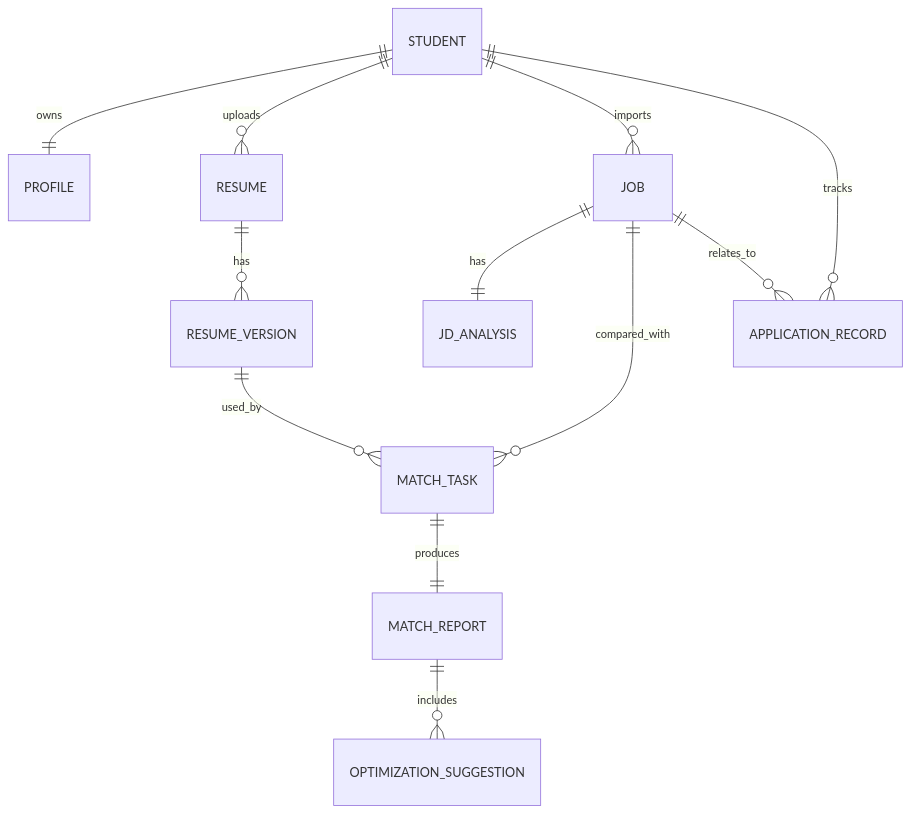
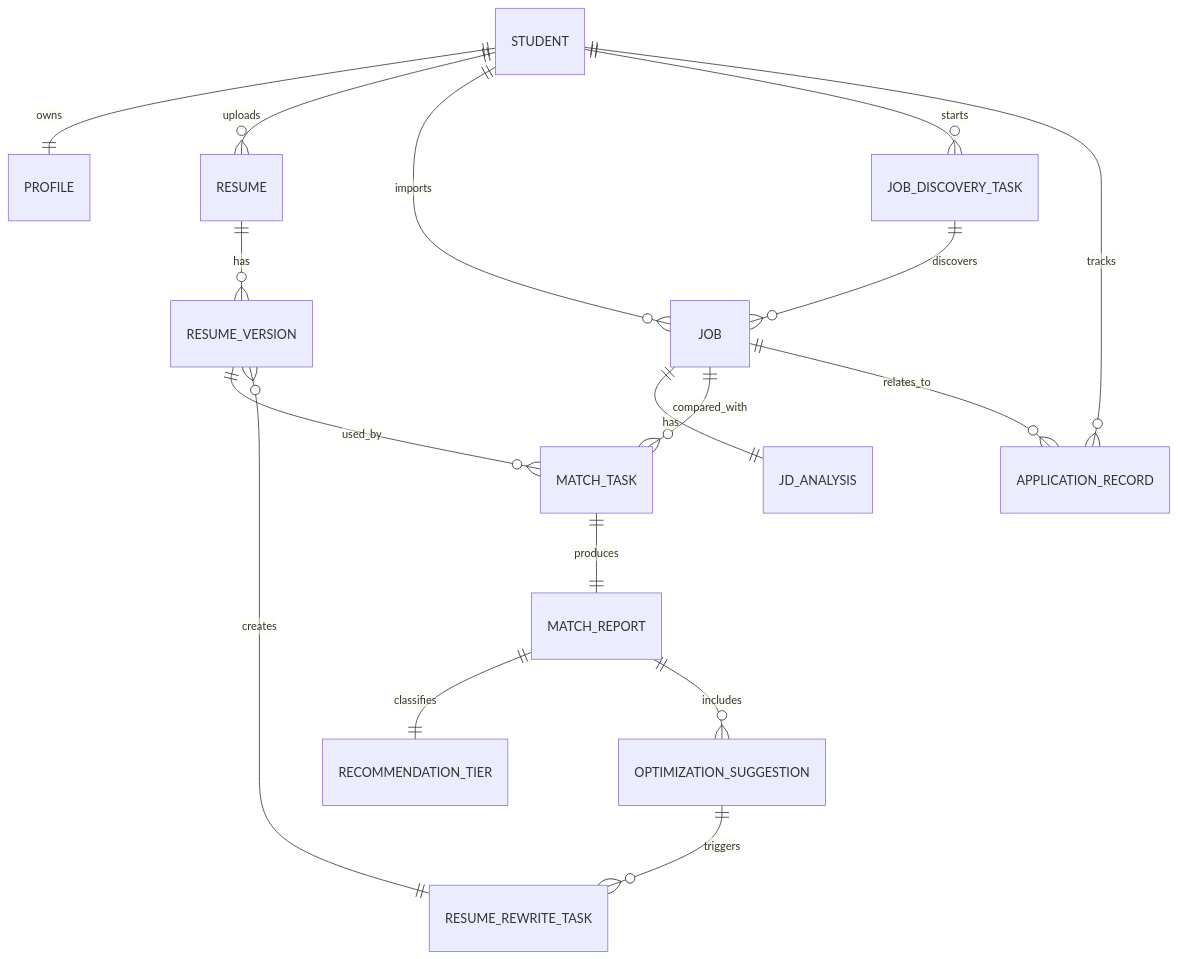
The second of 2 diagrams in docs/01-requirements-analysis.md (Artessay/OfferPilot), drawn with Mermaid before and after one commit. The commit also changed other lines of this file and 2 other files, not shown here.

First line of the commit message:
Enhance system architecture and detailed design documentation

````diff
--- a/docs/01-requirements-analysis.md
+++ b/docs/01-requirements-analysis.md
@@ -134,14 +146,19 @@
 ```mermaid
 erDiagram
     STUDENT ||--|| PROFILE : owns
     STUDENT ||--o{ RESUME : uploads
     RESUME ||--o{ RESUME_VERSION : has
     STUDENT ||--o{ JOB : imports
+    STUDENT ||--o{ JOB_DISCOVERY_TASK : starts
+    JOB_DISCOVERY_TASK ||--o{ JOB : discovers
     JOB ||--|| JD_ANALYSIS : has
     RESUME_VERSION ||--o{ MATCH_TASK : used_by
     JOB ||--o{ MATCH_TASK : compared_with
     MATCH_TASK ||--|| MATCH_REPORT : produces
+    MATCH_REPORT ||--|| RECOMMENDATION_TIER : classifies
     MATCH_REPORT ||--o{ OPTIMIZATION_SUGGESTION : includes
+    OPTIMIZATION_SUGGESTION ||--o{ RESUME_REWRITE_TASK : triggers
+    RESUME_REWRITE_TASK ||--o{ RESUME_VERSION : creates
     STUDENT ||--o{ APPLICATION_RECORD : tracks
     JOB ||--o{ APPLICATION_RECORD : relates_to
 ```
````
